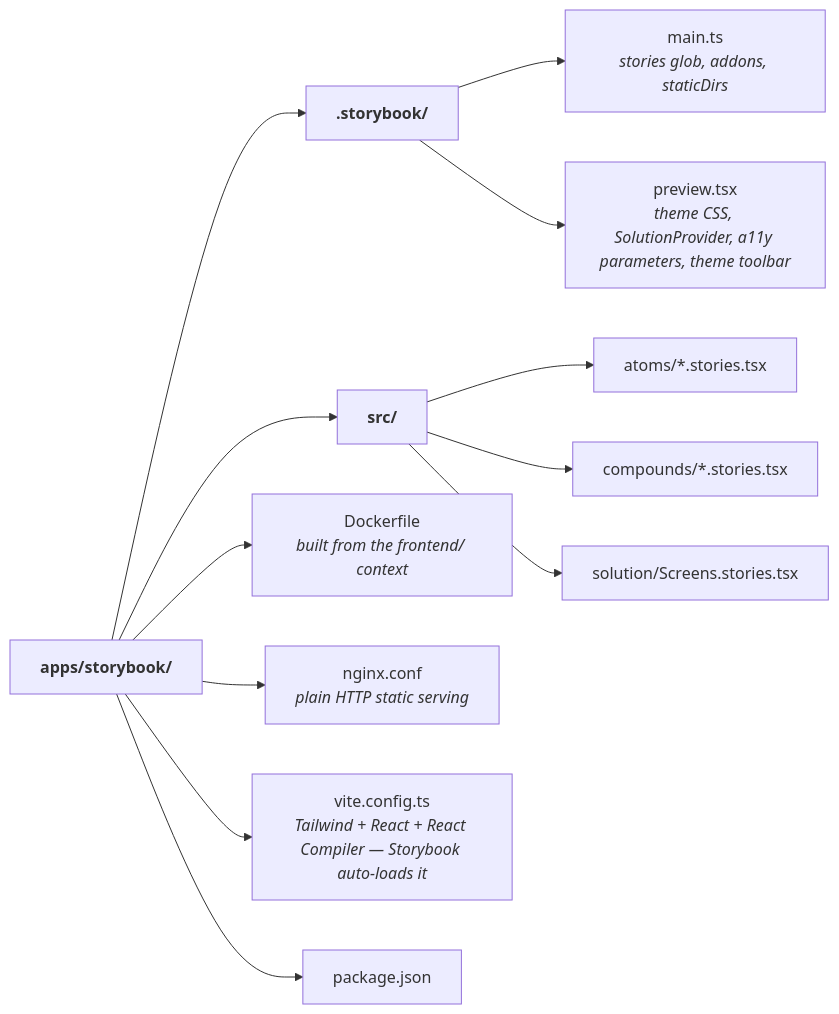
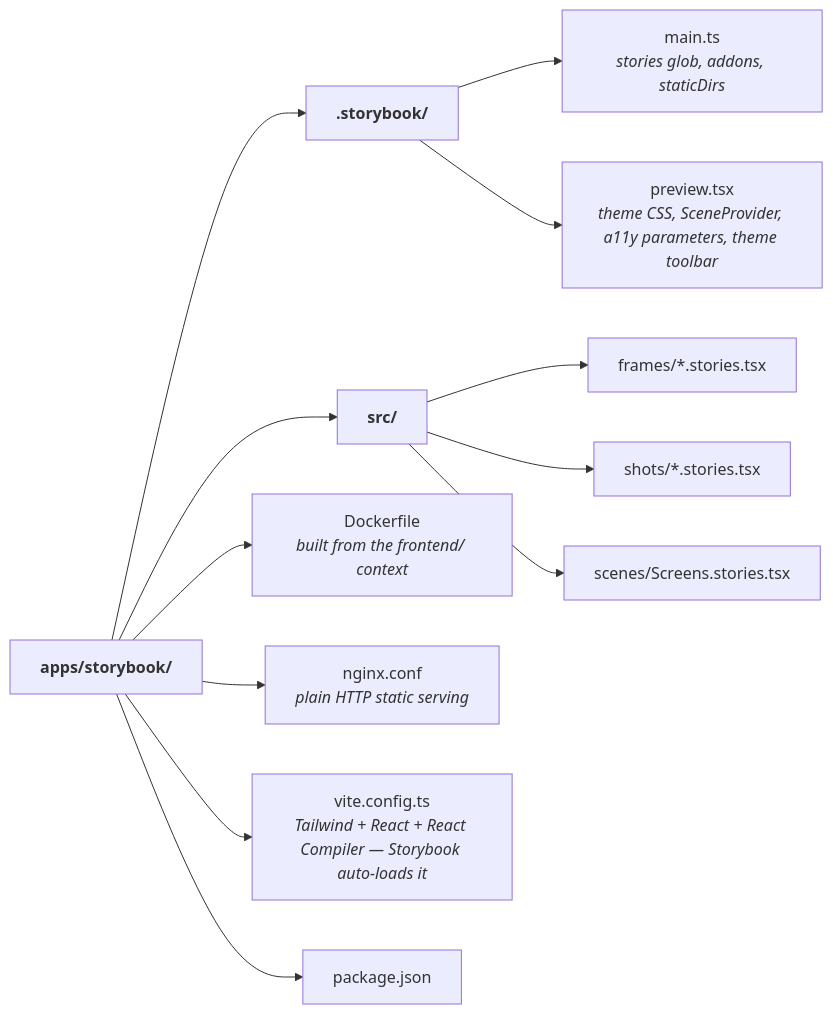
One commit to felipedferreira/Cinedex changed the diagram in frontend/apps/storybook/README.md. Above: the diagram before and after it, drawn with Mermaid. The commit also changed other lines of this file and 227 other files, not shown here.

Commit message:
refactor(frontend): rename component tiers to frames, shots and scenes (#86)

````diff
--- a/frontend/apps/storybook/README.md
+++ b/frontend/apps/storybook/README.md
@@ -17,18 +17,18 @@
 ```mermaid
 flowchart LR
     SB["<b>apps/storybook/</b>"]
 
     SB --> CONF["<b>.storybook/</b>"]
     SB --> SRC["<b>src/</b>"]
     SB --> DOCKER["Dockerfile<br/><i>built from the frontend/ context</i>"]
     SB --> NGINX["nginx.conf<br/><i>plain HTTP static serving</i>"]
     SB --> VITE["vite.config.ts<br/><i>Tailwind + React + React Compiler — Storybook auto-loads it</i>"]
     SB --> PKG["package.json"]
 
     CONF --> C1["main.ts<br/><i>stories glob, addons, staticDirs</i>"]
-    CONF --> C2["preview.tsx<br/><i>theme CSS, SolutionProvider, a11y parameters, theme toolbar</i>"]
+    CONF --> C2["preview.tsx<br/><i>theme CSS, SceneProvider, a11y parameters, theme toolbar</i>"]
 
-    SRC --> S1["atoms/*.stories.tsx"]
-    SRC --> S2["compounds/*.stories.tsx"]
-    SRC --> S3["solution/Screens.stories.tsx"]
+    SRC --> S1["frames/*.stories.tsx"]
+    SRC --> S2["shots/*.stories.tsx"]
+    SRC --> S3["scenes/Screens.stories.tsx"]
 ```
````
